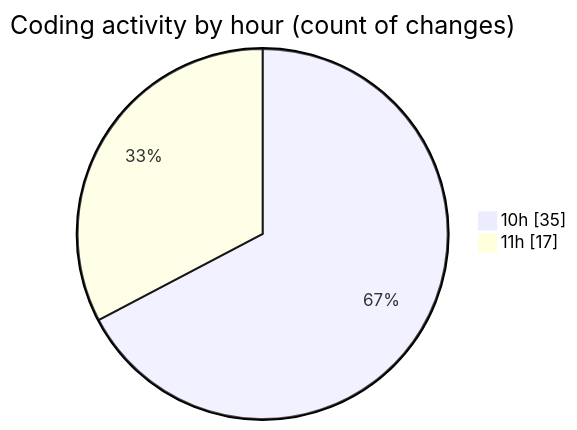
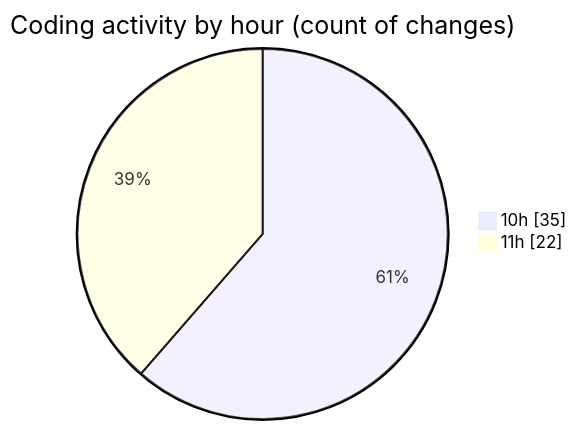
Before and after one commit to momahboobian/code-tracking: the second of 2 diagrams in 2025-03-26/cda/README.md, drawn with Mermaid. The commit also changed other lines of this file and 1 other file, not shown here.

````diff
--- a/2025-03-26/cda/README.md
+++ b/2025-03-26/cda/README.md
@@ -52,6 +52,6 @@
 ```mermaid
 pie showData
 title Coding activity by hour (count of changes)
 "10h" : 35
-"11h" : 17
+"11h" : 22
 ```
````
